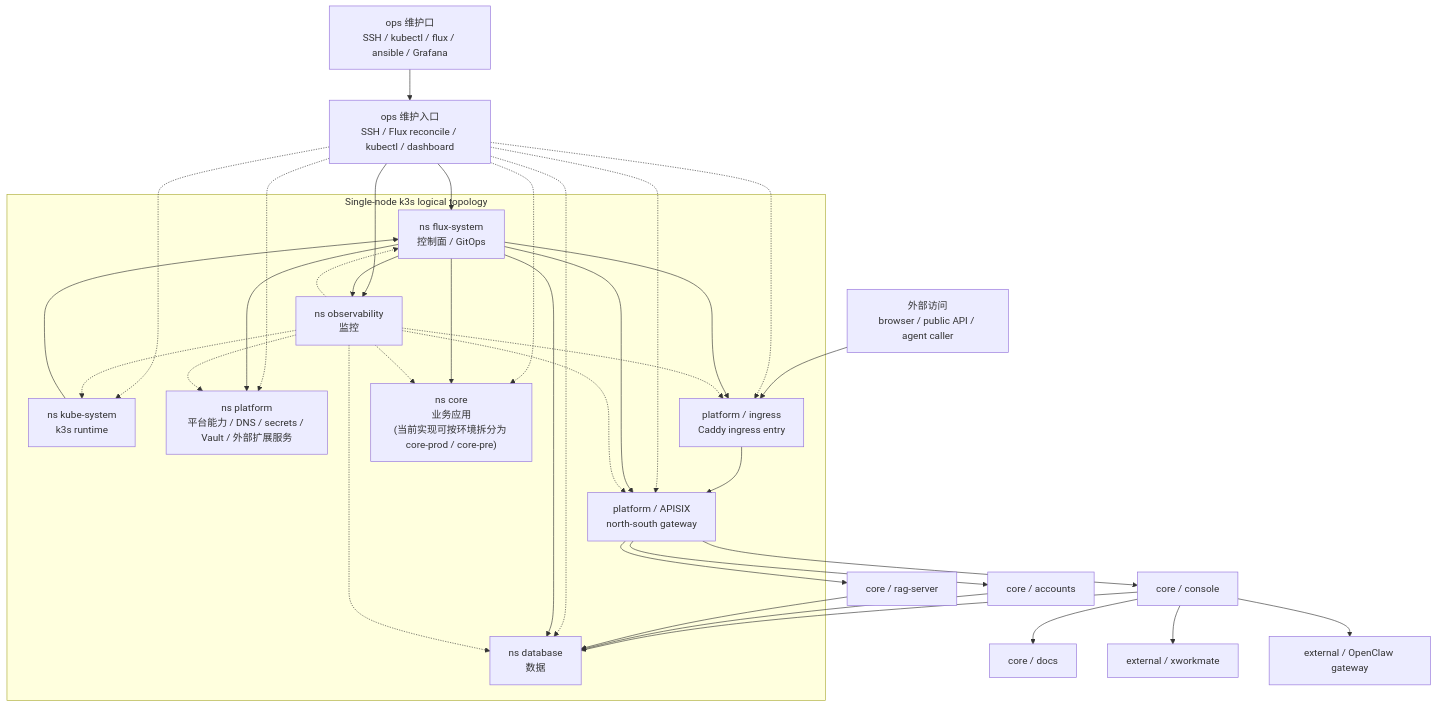
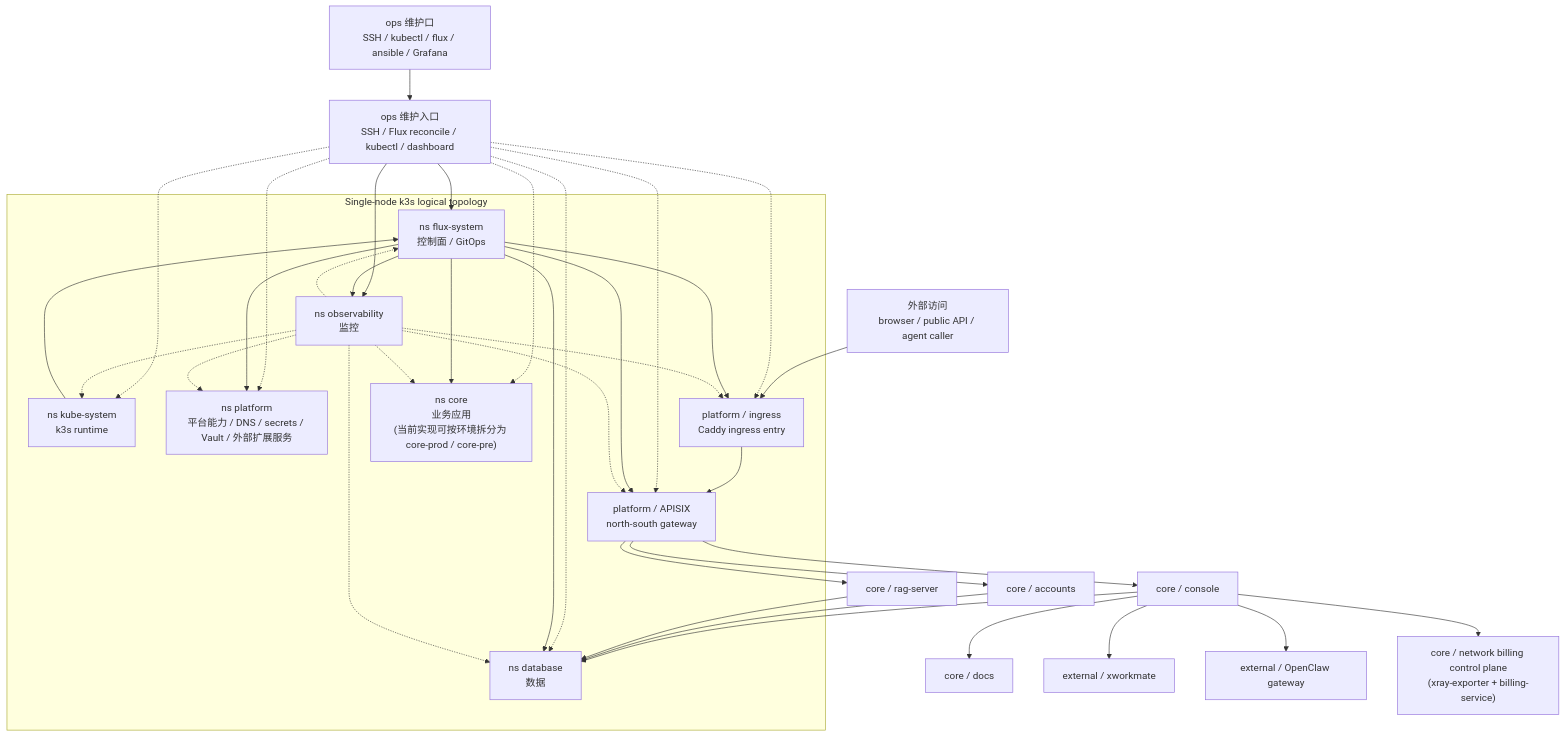
The diagram in docs/architecture/project-overview.md (x-evor/.github), drawn with Mermaid before and after one commit. The commit also changed other lines of this file and 12 other files, not shown here.

Commit message:
chore(control-plane): update docs and release config

````diff
--- a/docs/architecture/project-overview.md
+++ b/docs/architecture/project-overview.md
@@ -13,61 +13,63 @@
 ```mermaid
 flowchart TB
   ExternalUser["外部访问<br/>browser / public API / agent caller"]
   OpsUser["ops 维护口<br/>SSH / kubectl / flux / ansible / Grafana"]
 
   subgraph Cluster["Single-node k3s logical topology"]
     KS["ns kube-system<br/>k3s runtime"]
     FS["ns flux-system<br/>控制面 / GitOps"]
     PL["ns platform<br/>平台能力 / DNS / secrets / Vault / 外部扩展服务"]
     Ingress["platform / ingress<br/>Caddy ingress entry"]
     APISIX["platform / APISIX<br/>north-south gateway"]
     CORE["ns core<br/>业务应用<br/>(当前实现可按环境拆分为 core-prod / core-pre)"]
     DB["ns database<br/>数据"]
     OBS["ns observability<br/>监控"]
   end
 
   ConsoleSvc["core / console"]
   DocsSvc["core / docs"]
   XWorkmateSvc["external / xworkmate"]
   AccountsSvc["core / accounts"]
   RagSvc["core / rag-server"]
   OpenClawGW["external / OpenClaw gateway"]
+  ControlPlane["core / network billing control plane\n(xray-exporter + billing-service)"]
   OpsEntry["ops 维护入口<br/>SSH / Flux reconcile / kubectl / dashboard"]
 
   ExternalUser --> Ingress
   Ingress --> APISIX
   APISIX --> ConsoleSvc
   APISIX --> AccountsSvc
   APISIX --> RagSvc
   ConsoleSvc --> DocsSvc
   ConsoleSvc --> XWorkmateSvc
   ConsoleSvc --> OpenClawGW
+  ConsoleSvc --> ControlPlane
   ConsoleSvc --> DB
   AccountsSvc --> DB
   RagSvc --> DB
 
   OpsUser --> OpsEntry
   OpsEntry --> FS
   OpsEntry --> OBS
   OpsEntry -.-> KS
   OpsEntry -.-> PL
   OpsEntry -.-> Ingress
   OpsEntry -.-> APISIX
   OpsEntry -.-> CORE
   OpsEntry -.-> DB
 
   KS --> FS
   FS --> PL
   FS --> Ingress
   FS --> APISIX
   FS --> CORE
   FS --> DB
   FS --> OBS
   OBS -.-> KS
   OBS -.-> FS
   OBS -.-> PL
   OBS -.-> Ingress
   OBS -.-> APISIX
   OBS -.-> CORE
   OBS -.-> DB
 ```
````
